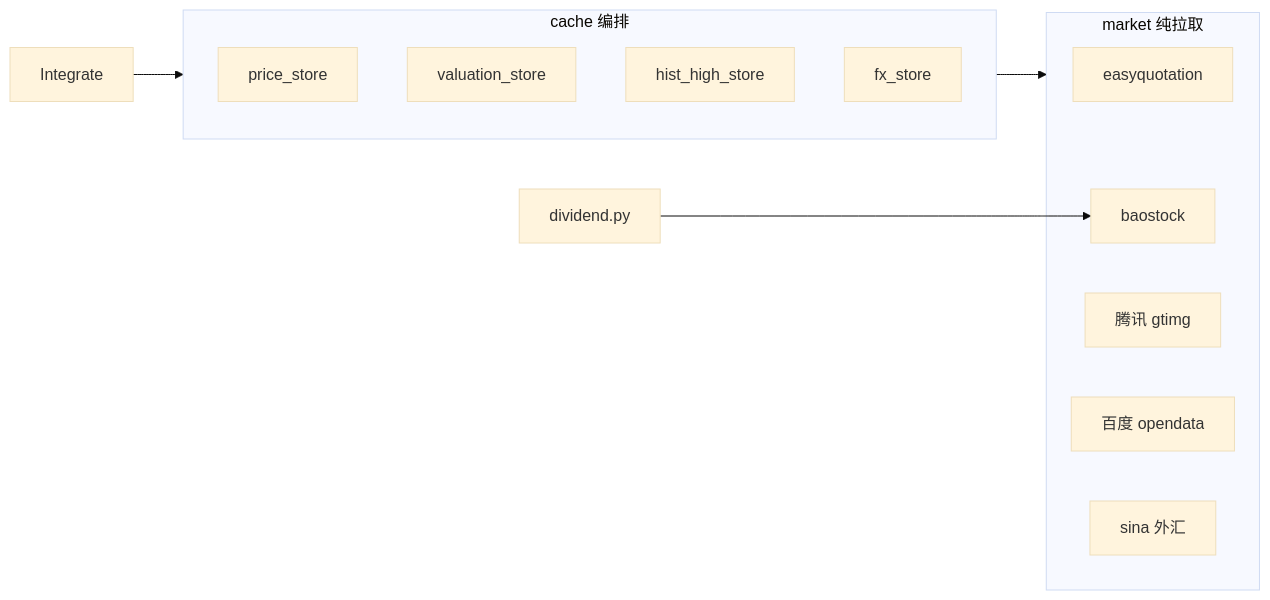
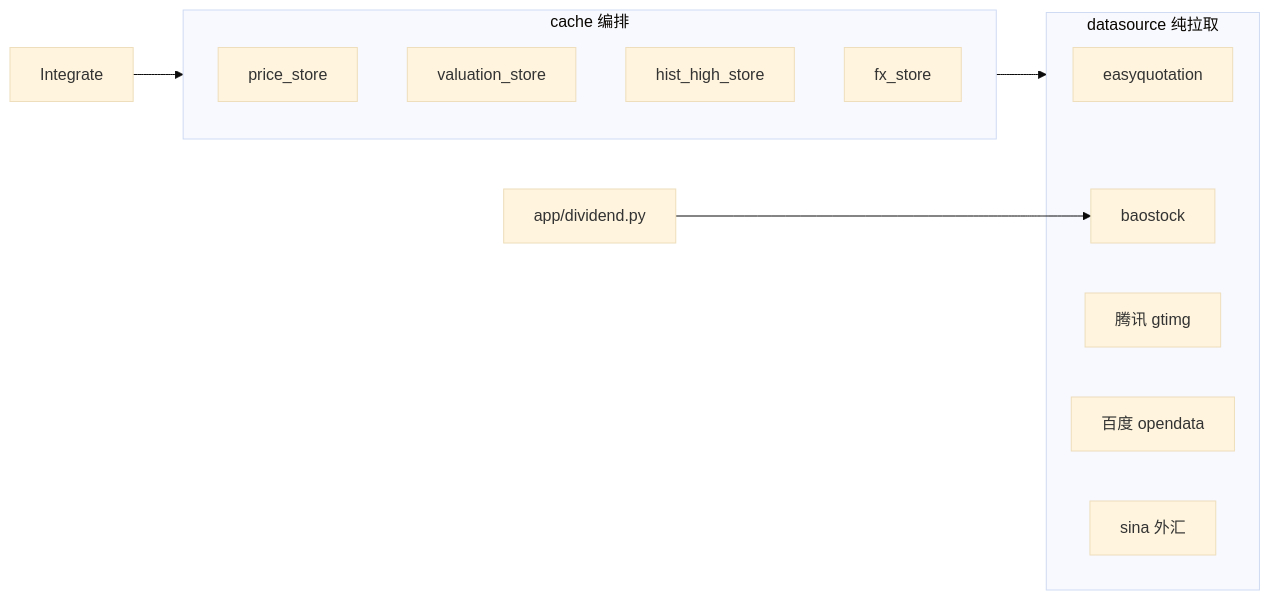
Before and after one commit to gunerguner/stockManager: the diagram in .agents/skills/stockmanager-project/references/external-data.md, drawn with Mermaid (base theme). The commit also changed other lines of this file and 41 other files, not shown here.

Commit message:
refactor(datasource): restructure external data handling and improve cache management

````diff
--- a/.agents/skills/stockmanager-project/references/external-data.md
+++ b/.agents/skills/stockmanager-project/references/external-data.md
@@ -25,19 +25,19 @@
 ```mermaid
 flowchart LR
-  subgraph market [market 纯拉取]
+  subgraph datasource [datasource 纯拉取]
     eq[easyquotation]
     bao[baostock]
     gtimg[腾讯 gtimg]
     bd[百度 opendata]
     sina[sina 外汇]
   end
   subgraph cache [cache 编排]
     priceStore[price_store]
     valStore[valuation_store]
     histStore[hist_high_store]
     fxStore[fx_store]
   end
   Integrate --> cache
-  cache --> market
-  Dividend[dividend.py] --> bao
+  cache --> datasource
+  Dividend[app/dividend.py] --> bao
 ```
````
